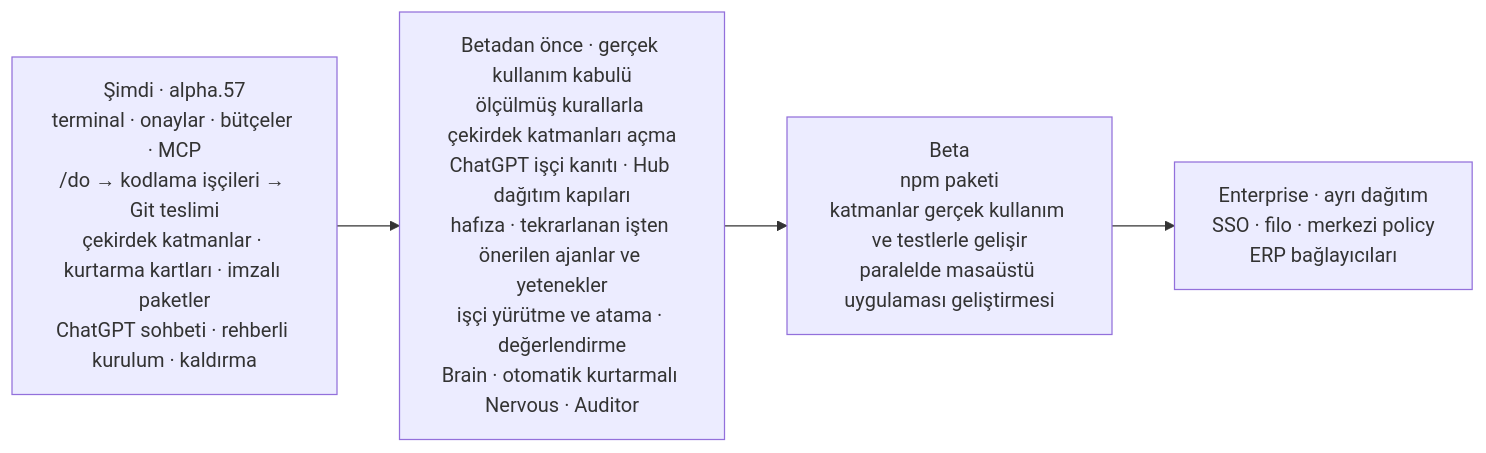
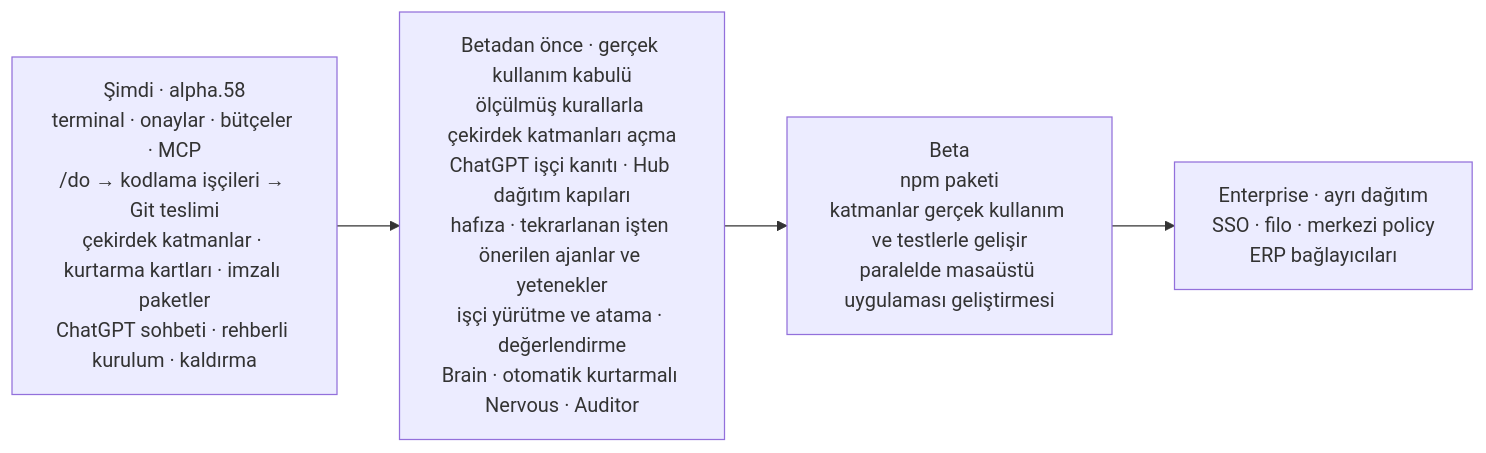
The sixth of 6 diagrams in README.tr.md (Verhex/deckent-next), drawn with Mermaid before and after one commit. The commit also changed other lines of this file and 7 other files, not shown here.

````diff
--- a/README.tr.md
+++ b/README.tr.md
@@ -543,6 +543,6 @@
 ```mermaid
 flowchart LR
-  N["Şimdi · alpha.57<br/>terminal · onaylar · bütçeler · MCP<br/>/do → kodlama işçileri → Git teslimi<br/>çekirdek katmanlar · kurtarma kartları · imzalı paketler<br/>ChatGPT sohbeti · rehberli kurulum · kaldırma"] --> C["Betadan önce · gerçek kullanım kabulü<br/>ölçülmüş kurallarla çekirdek katmanları açma<br/>ChatGPT işçi kanıtı · Hub dağıtım kapıları<br/>hafıza · tekrarlanan işten önerilen ajanlar ve yetenekler<br/>işçi yürütme ve atama · değerlendirme<br/>Brain · otomatik kurtarmalı Nervous · Auditor"]
+  N["Şimdi · alpha.58<br/>terminal · onaylar · bütçeler · MCP<br/>/do → kodlama işçileri → Git teslimi<br/>çekirdek katmanlar · kurtarma kartları · imzalı paketler<br/>ChatGPT sohbeti · rehberli kurulum · kaldırma"] --> C["Betadan önce · gerçek kullanım kabulü<br/>ölçülmüş kurallarla çekirdek katmanları açma<br/>ChatGPT işçi kanıtı · Hub dağıtım kapıları<br/>hafıza · tekrarlanan işten önerilen ajanlar ve yetenekler<br/>işçi yürütme ve atama · değerlendirme<br/>Brain · otomatik kurtarmalı Nervous · Auditor"]
   C --> B["Beta<br/>npm paketi<br/>katmanlar gerçek kullanım ve testlerle gelişir<br/>paralelde masaüstü uygulaması geliştirmesi"]
   B --> E["Enterprise · ayrı dağıtım<br/>SSO · filo · merkezi policy<br/>ERP bağlayıcıları"]
 ```
````
